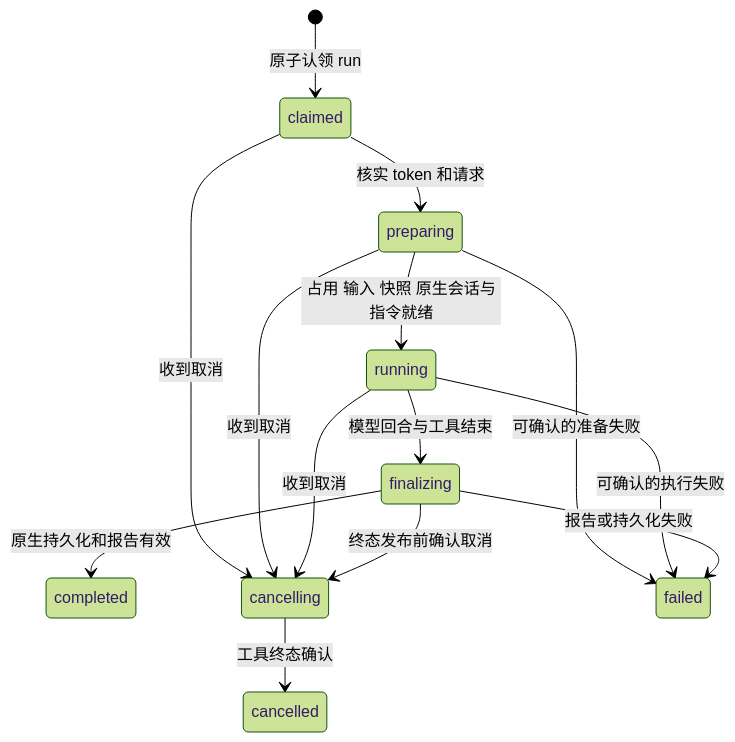
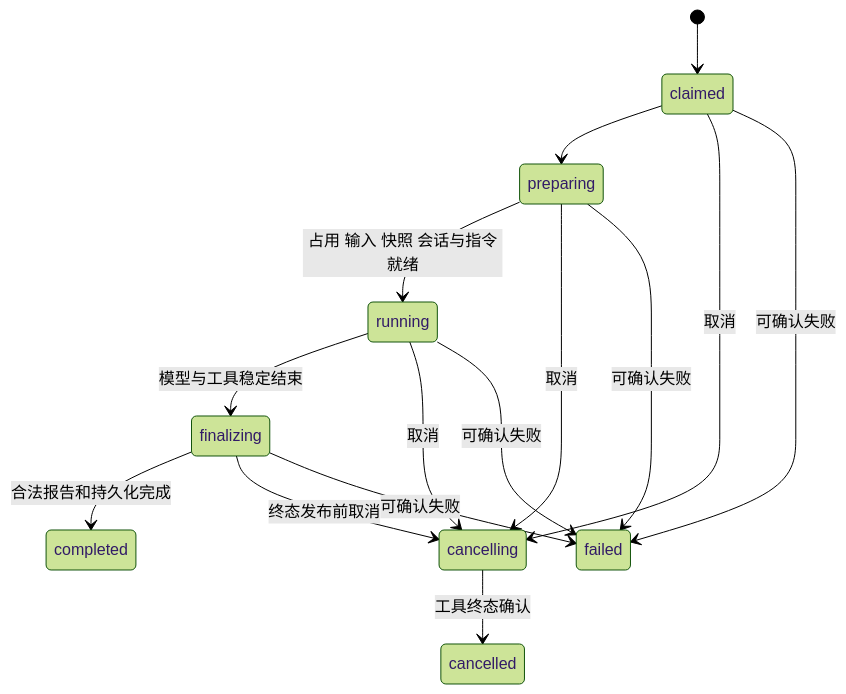
The diagram in STATES.md (6spot/knit), drawn with Mermaid (forest theme) before and after one commit. The commit also changed other lines of this file and 7 other files, not shown here.

````diff
--- a/STATES.md
+++ b/STATES.md
@@ -125,16 +70,17 @@
 ```mermaid
 stateDiagram-v2
-    [*] --> claimed: 原子认领 run
-    claimed --> preparing: 核实 token 和请求
-    preparing --> running: 占用 输入 快照 原生会话与指令就绪
-    running --> finalizing: 模型回合与工具结束
-    finalizing --> completed: 原生持久化和报告有效
-    claimed --> cancelling: 收到取消
-    preparing --> cancelling: 收到取消
-    running --> cancelling: 收到取消
-    finalizing --> cancelling: 终态发布前确认取消
+    [*] --> claimed
+    claimed --> preparing
+    preparing --> running: 占用 输入 快照 会话与指令就绪
+    running --> finalizing: 模型与工具稳定结束
+    finalizing --> completed: 合法报告和持久化完成
+    claimed --> cancelling: 取消
+    preparing --> cancelling: 取消
+    running --> cancelling: 取消
+    finalizing --> cancelling: 终态发布前取消
     cancelling --> cancelled: 工具终态确认
-    preparing --> failed: 可确认的准备失败
-    running --> failed: 可确认的执行失败
-    finalizing --> failed: 报告或持久化失败
+    claimed --> failed: 可确认失败
+    preparing --> failed: 可确认失败
+    running --> failed: 可确认失败
+    finalizing --> failed: 可确认失败
 ```
````
